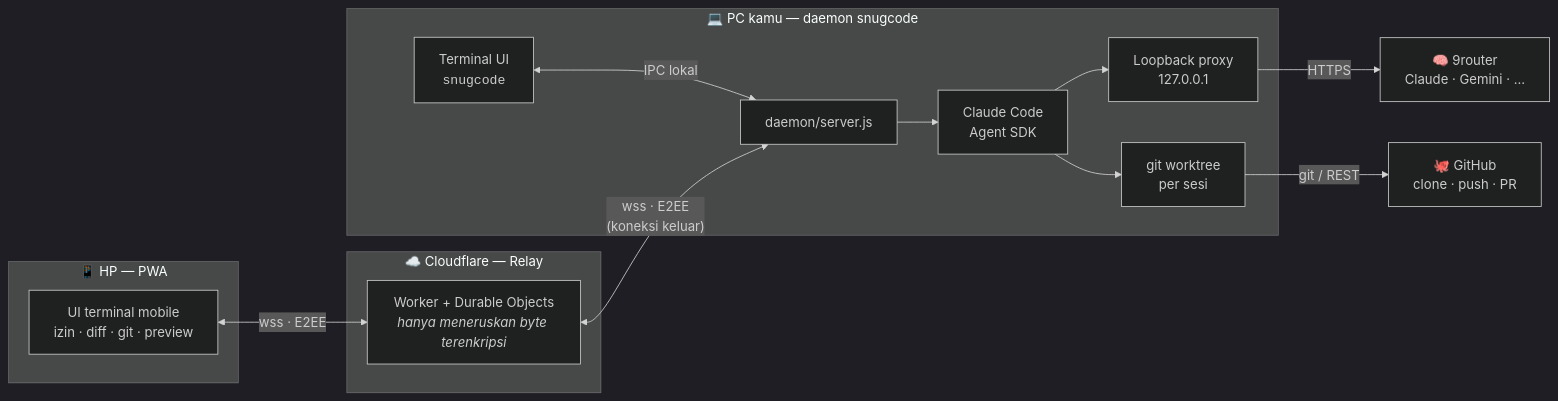
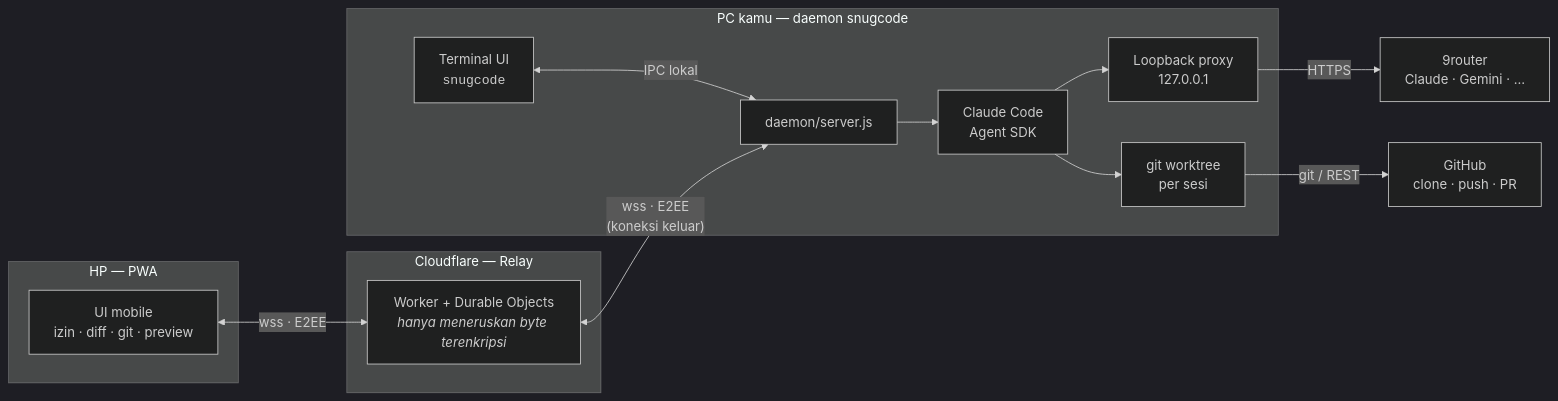
Before and after one commit to arfakaisar/snugcode: the first of 5 diagrams in README.md, drawn with Mermaid (dark theme). The commit also changed other lines of this file and 33 other files, not shown here.

````diff
--- a/README.md
+++ b/README.md
@@ -94,29 +226,29 @@
 ```mermaid
 flowchart LR
-    subgraph HP["📱 HP — PWA"]
-        UI["UI terminal mobile<br/>izin · diff · git · preview"]
+    subgraph HP["HP — PWA"]
+        UI["UI mobile<br/>izin · diff · git · preview"]
     end
 
-    subgraph CF["☁️ Cloudflare — Relay"]
+    subgraph CF["Cloudflare — Relay"]
         R["Worker + Durable Objects<br/><i>hanya meneruskan byte terenkripsi</i>"]
     end
 
-    subgraph PC["💻 PC kamu — daemon snugcode"]
+    subgraph PC["PC kamu — daemon snugcode"]
         D["daemon/server.js"]
         A["Claude Code<br/>Agent SDK"]
         P["Loopback proxy<br/>127.0.0.1"]
         W["git worktree<br/>per sesi"]
         T["Terminal UI<br/><code>snugcode</code>"]
         D --> A --> P
         A --> W
         T <-- IPC lokal --> D
     end
 
-    AI["🧠 9router<br/>Claude · Gemini · …"]
-    GH["🐙 GitHub<br/>clone · push · PR"]
+    AI["9router<br/>Claude · Gemini · …"]
+    GH["GitHub<br/>clone · push · PR"]
 
     UI <-- "wss · E2EE" --> R
     R <-- "wss · E2EE<br/>(koneksi keluar)" --> D
     P -- HTTPS --> AI
     W -- git / REST --> GH
 ```
````
